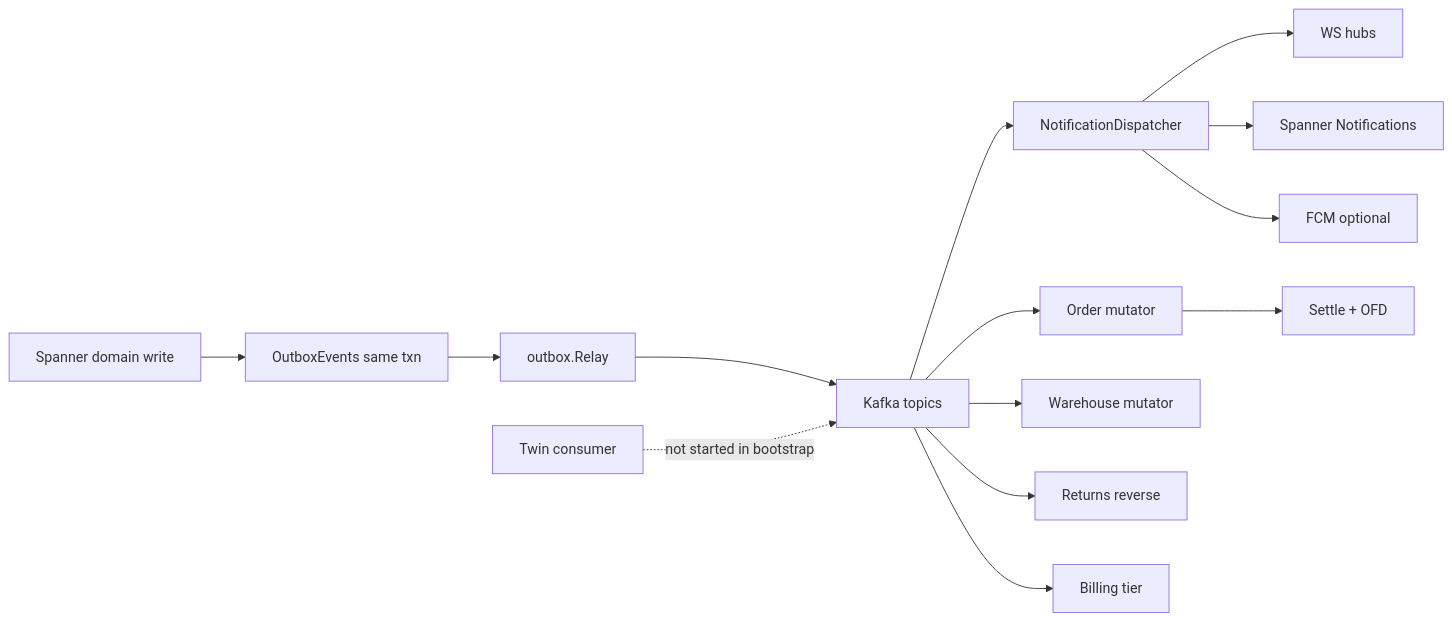
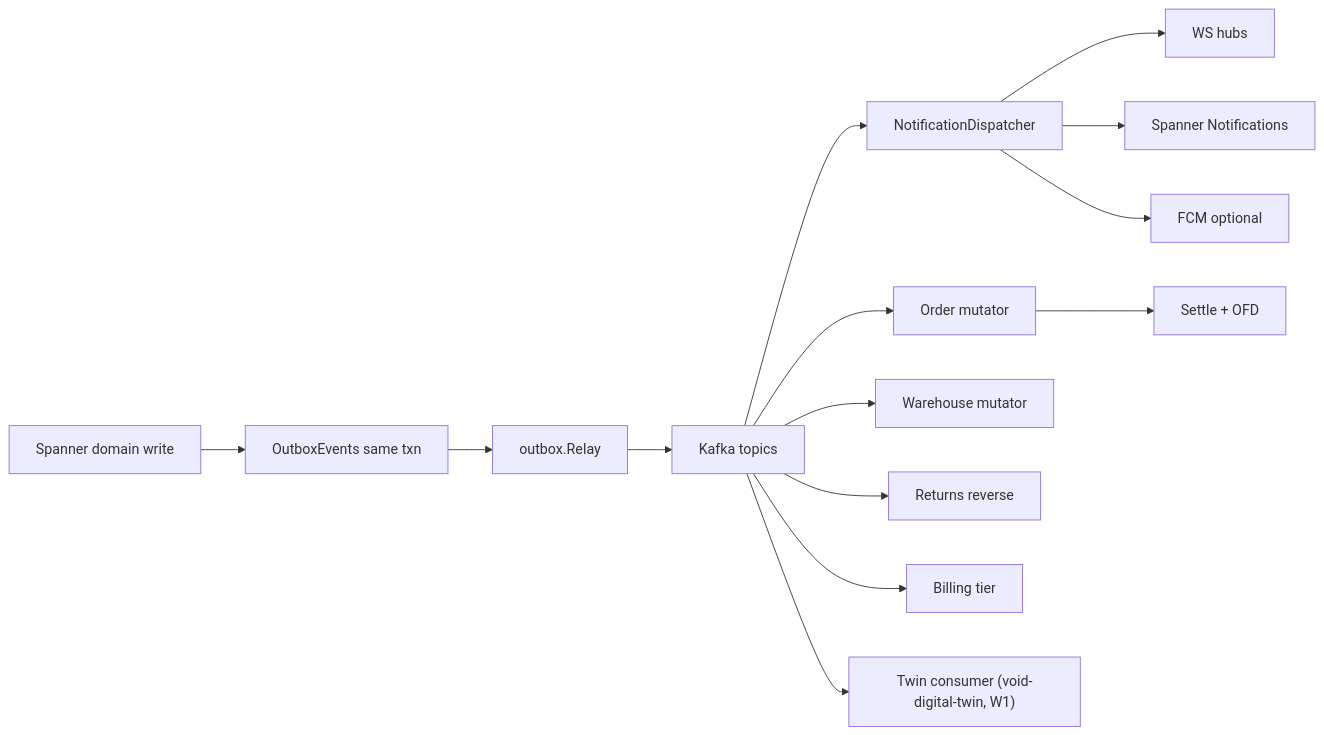
One commit to CYBERSTALKER07/ATOMOS changed the first of 4 diagrams in pegasusX/docs/DATA_FLOW_AS_IMPLEMENTED.md. Above: the diagram before and after it, drawn with Mermaid. The commit also changed other lines of this file and 187 other files, not shown here.

````diff
--- a/pegasusX/docs/DATA_FLOW_AS_IMPLEMENTED.md
+++ b/pegasusX/docs/DATA_FLOW_AS_IMPLEMENTED.md
@@ -24,16 +24,16 @@
 ```mermaid
 flowchart LR
   Domain["Spanner domain write"] --> Outbox["OutboxEvents same txn"]
   Outbox --> Relay["outbox.Relay"]
   Relay --> Kafka["Kafka topics"]
   Kafka --> Notif["NotificationDispatcher"]
   Kafka --> OrderMut["Order mutator"]
   Kafka --> WhMut["Warehouse mutator"]
   Kafka --> Returns["Returns reverse"]
   Kafka --> Billing["Billing tier"]
   Notif --> WS["WS hubs"]
   Notif --> Inbox["Spanner Notifications"]
   Notif --> FCM["FCM optional"]
   OrderMut --> Fiscal["Settle + OFD"]
-  Twin["Twin consumer"] -.->|"not started in bootstrap"| Kafka
+  Kafka --> Twin["Twin consumer (void-digital-twin, W1)"]
 ```
````
